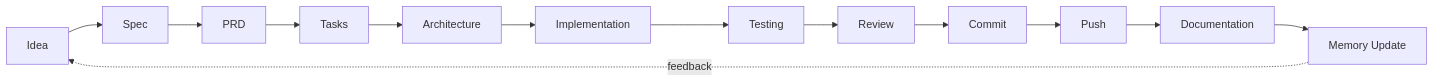
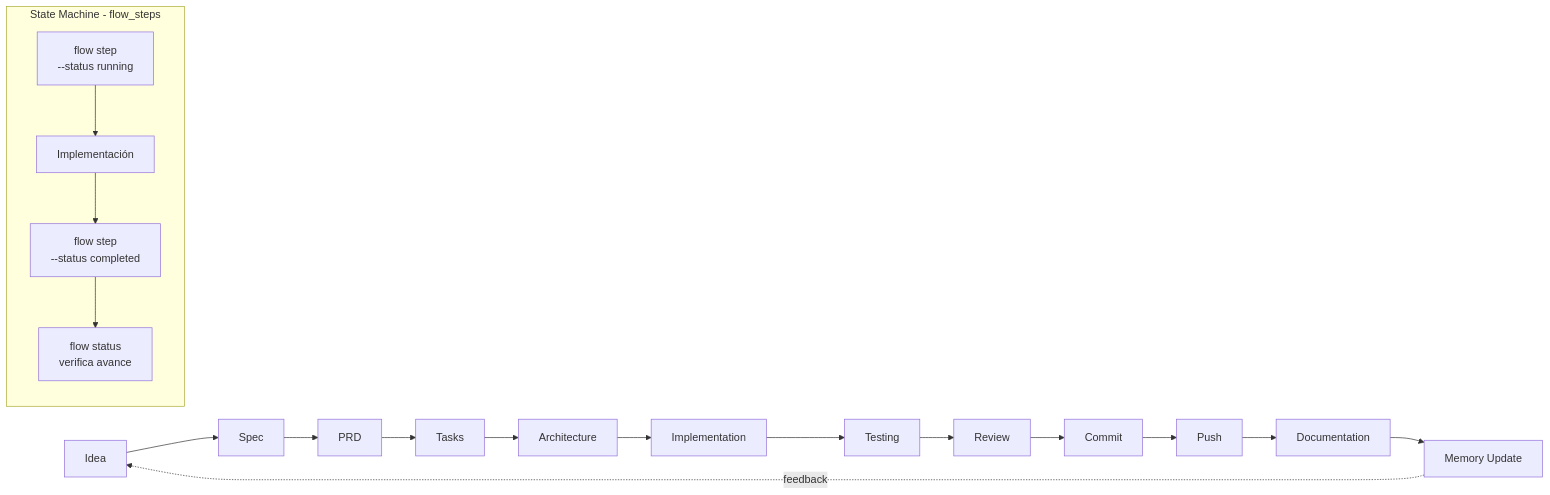
One commit to devcristianlopez/lemoria changed the second of 5 diagrams in docs/ARCHITECTURE.md. Above: the diagram before and after it, drawn with Mermaid. The commit also changed other lines of this file and 134 other files, not shown here.

First line of the commit message:
feat: refactor agents to generic English, add FlowStep state machine, enums, tests, CI, vault restore, Context7, skills [T-302]

````diff
--- a/docs/ARCHITECTURE.md
+++ b/docs/ARCHITECTURE.md
@@ -39,15 +40,21 @@
 ```mermaid
 flowchart LR
   A[Idea] --> B[Spec]
   B --> C[PRD]
   C --> D[Tasks]
   D --> E[Architecture]
   E --> F[Implementation]
   F --> G[Testing]
   G --> H[Review]
   H --> I[Commit]
   I --> J[Push]
   J --> K[Documentation]
   K --> L[Memory Update]
   L -.->|feedback| A
+
+  subgraph SM[State Machine - flow_steps]
+    S1[flow step<br/>--status running] --> S2[Implementación]
+    S2 --> S3[flow step<br/>--status completed]
+    S3 --> S4[flow status<br/>verifica avance]
+  end
 ```
````
